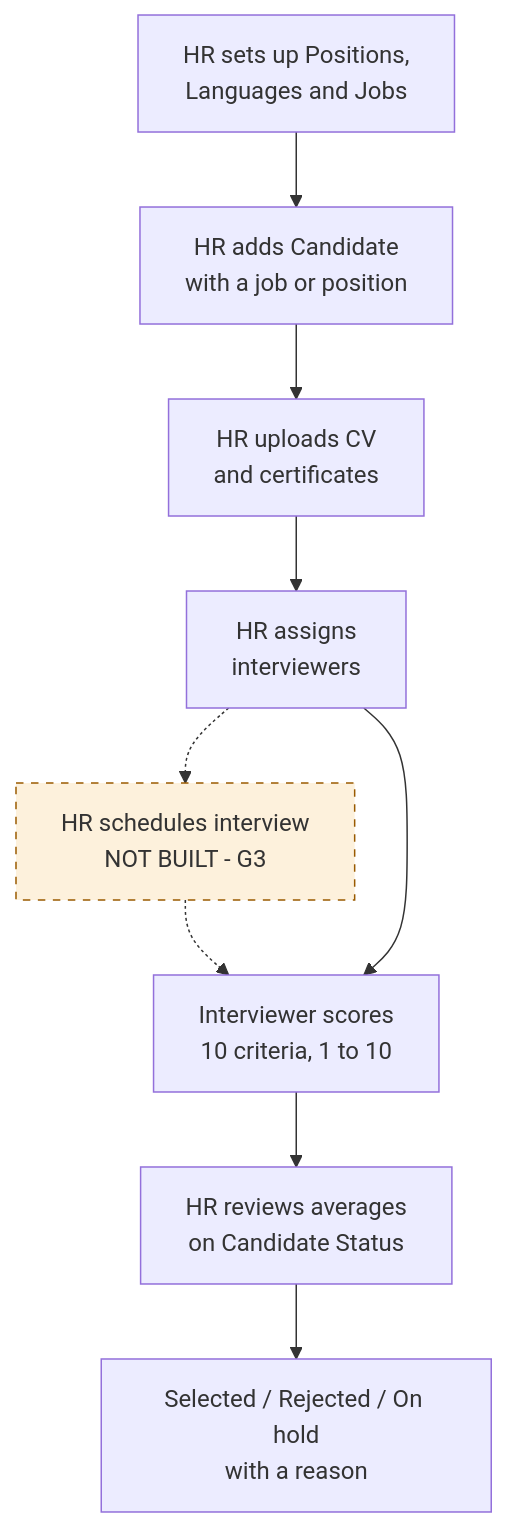
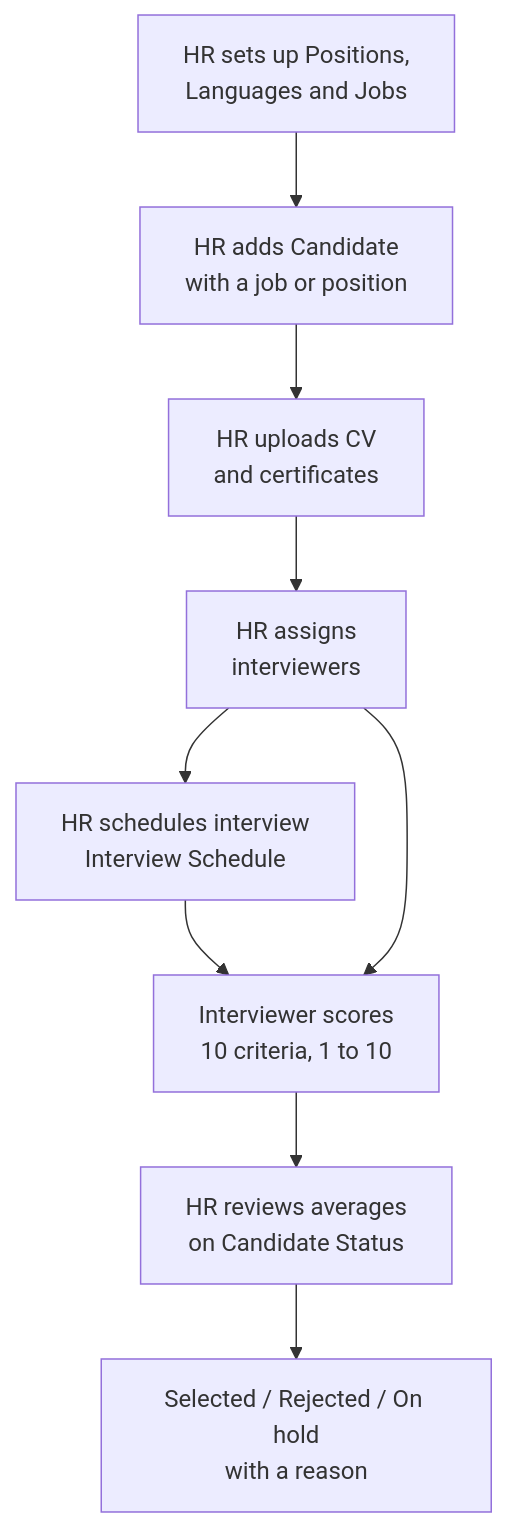
The diagram in docs/handbooks/src/diagrams/ba-process.mmd (rafitsabbir/RMS), drawn with Mermaid before and after one commit. The commit also changed 57 other files, not shown here.

First line of the commit message:
Roles plan Phase 4: interview schedule and dashboard

```diff
--- a/docs/handbooks/src/diagrams/ba-process.mmd
+++ b/docs/handbooks/src/diagrams/ba-process.mmd
@@ -1,11 +1,9 @@
 flowchart TD
   A[HR sets up Positions,<br/>Languages and Jobs] --> B[HR adds Candidate<br/>with a job or position]
   B --> G[HR uploads CV<br/>and certificates]
   G --> H[HR assigns<br/>interviewers]
-  H -.-> C[HR schedules interview<br/>NOT BUILT - G3]
-  C -.-> D[Interviewer scores<br/>10 criteria, 1 to 10]
+  H --> C[HR schedules interview<br/>Interview Schedule]
+  C --> D[Interviewer scores<br/>10 criteria, 1 to 10]
   H --> D
   D --> E[HR reviews averages<br/>on Candidate Status]
   E --> F[Selected / Rejected / On hold<br/>with a reason]
-  classDef todo fill:#fdf1dc,stroke:#9a5b00,stroke-dasharray: 5 5
-  class C todo
```
